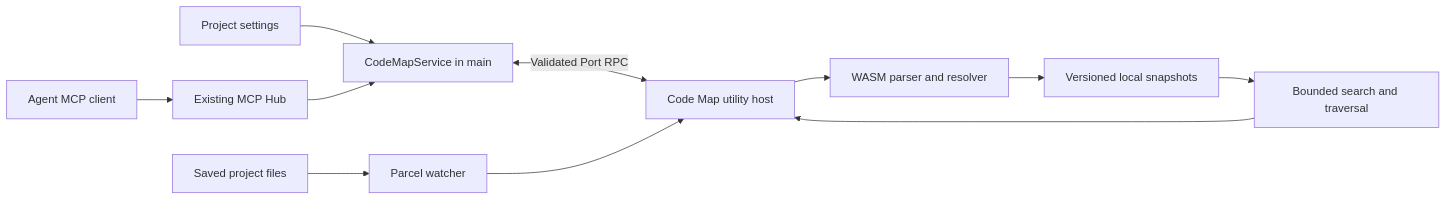
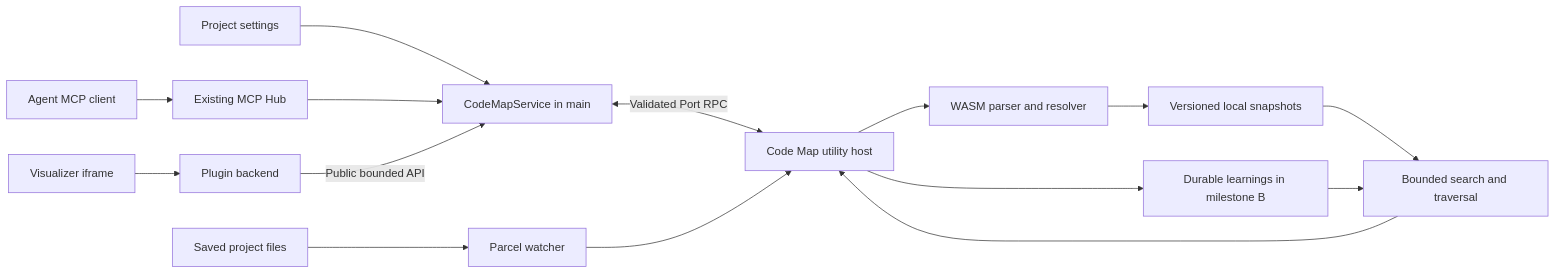
The diagram in docs/planned-features/code-map/design.md (JakubKonkol/Oxytocin), drawn with Mermaid before and after one commit. The commit also changed other lines of this file and 8 other files, not shown here.

````diff
--- a/docs/planned-features/code-map/design.md
+++ b/docs/planned-features/code-map/design.md
@@ -23,13 +25,17 @@
 ```mermaid
 flowchart LR
   UI[Project settings] --> Main[CodeMapService in main]
   Agent[Agent MCP client] --> Hub[Existing MCP Hub]
   Hub --> Main
+  View[Visualizer iframe] --> Plugin[Plugin backend]
+  Plugin -->|Public bounded API| Main
   Main <-->|Validated Port RPC| Host[Code Map utility host]
   Files[Saved project files] --> Watch[Parcel watcher]
   Watch --> Host
   Host --> Parser[WASM parser and resolver]
   Parser --> Cache[Versioned local snapshots]
   Cache --> Query[Bounded search and traversal]
+  Host --> Memory[Durable learnings in milestone B]
+  Memory --> Query
   Query --> Host
 ```
````
